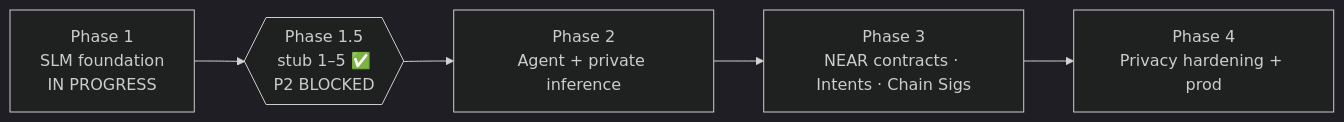
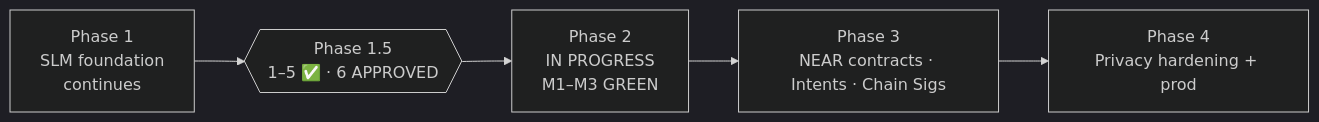
Before and after one commit to 9lordisgod/salomon: the diagram in ROADMAP.md, drawn with Mermaid (dark theme). The commit also changed other lines of this file and 1 other file, not shown here.

Commit message:
docs: Phase 1.5/2 status + security sign-offs (3/11)

````diff
--- a/ROADMAP.md
+++ b/ROADMAP.md
@@ -4,7 +4,7 @@
 ```mermaid
 flowchart LR
-  P1[Phase 1<br/>SLM foundation<br/>IN PROGRESS] --> G{{Phase 1.5<br/>stub 1–5 ✅<br/>P2 BLOCKED}}
-  G --> P2[Phase 2<br/>Agent + private inference]
+  P1[Phase 1<br/>SLM foundation<br/>continues] --> G{{Phase 1.5<br/>1–5 ✅ · 6 APPROVED}}
+  G --> P2[Phase 2<br/>IN PROGRESS<br/>M1–M3 GREEN]
   P2 --> P3[Phase 3<br/>NEAR contracts · Intents · Chain Sigs]
   P3 --> P4[Phase 4<br/>Privacy hardening + prod]
 ```
````
